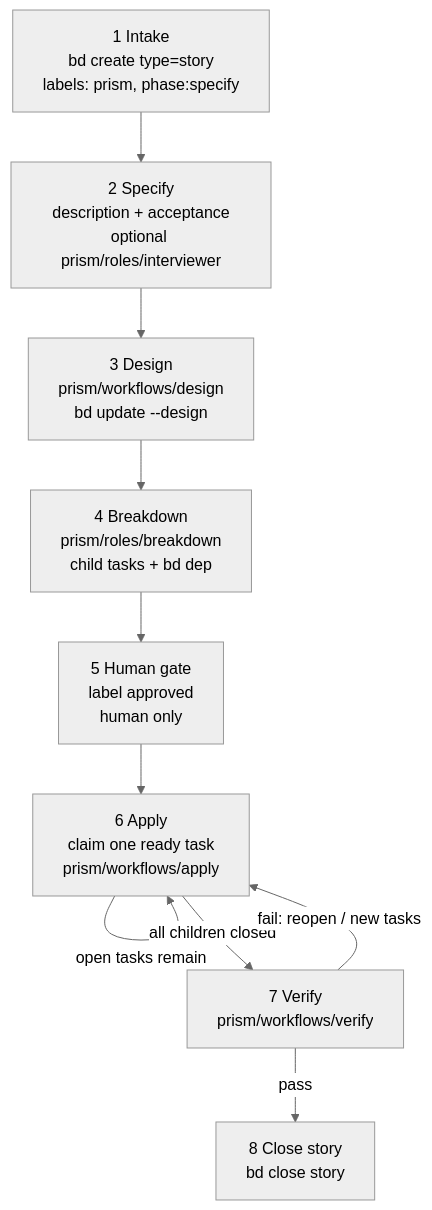
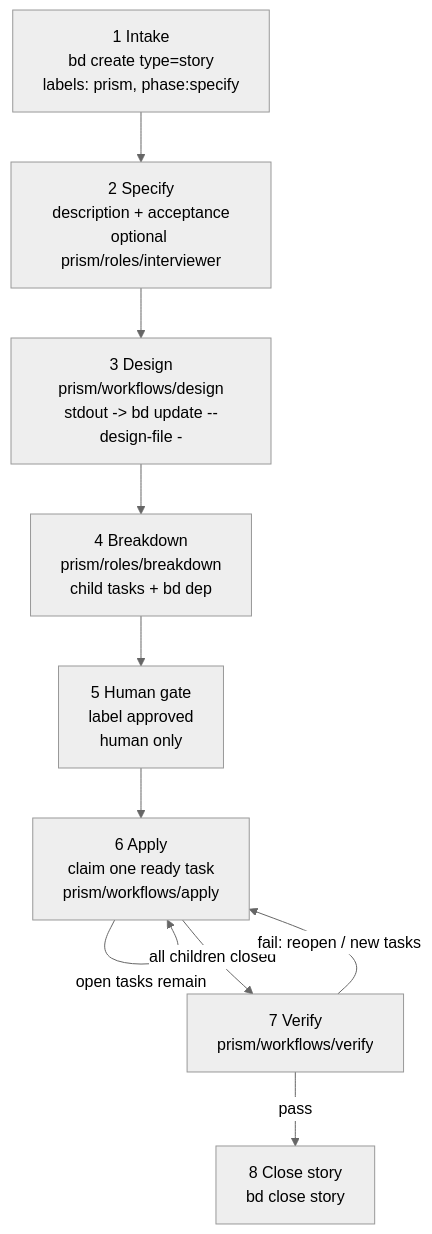
Before and after one commit to baldaworks/prism: the diagram in plugins/prism/prefixed-skills/prism-lifecycle/references/lifecycle.md, drawn with Mermaid (neutral theme). The commit also changed other lines of this file and 10 other files, not shown here.

Commit message:
fix(prism): clarify lifecycle flow and install paths

````diff
--- a/plugins/prism/prefixed-skills/prism-lifecycle/references/lifecycle.md
+++ b/plugins/prism/prefixed-skills/prism-lifecycle/references/lifecycle.md
@@ -11,21 +11,21 @@
 ```mermaid
 flowchart TB
   I["1 Intake<br/>bd create type=story<br/>labels: prism, phase:specify"]
   S["2 Specify<br/>description + acceptance<br/>optional prism/roles/interviewer"]
-  D["3 Design<br/>prism/workflows/design<br/>bd update --design"]
+  D["3 Design<br/>prism/workflows/design<br/>stdout -> bd update --design-file -"]
   B["4 Breakdown<br/>prism/roles/breakdown<br/>child tasks + bd dep"]
   H["5 Human gate<br/>label approved<br/>human only"]
   A["6 Apply<br/>claim one ready task<br/>prism/workflows/apply"]
   V["7 Verify<br/>prism/workflows/verify"]
   C["8 Close story<br/>bd close story"]
 
   I --> S
   S --> D
   D --> B
   B --> H
   H --> A
   A -->|"open tasks remain"| A
   A -->|"all children closed"| V
   V -->|"fail: reopen / new tasks"| A
   V -->|"pass"| C
 ```
````
